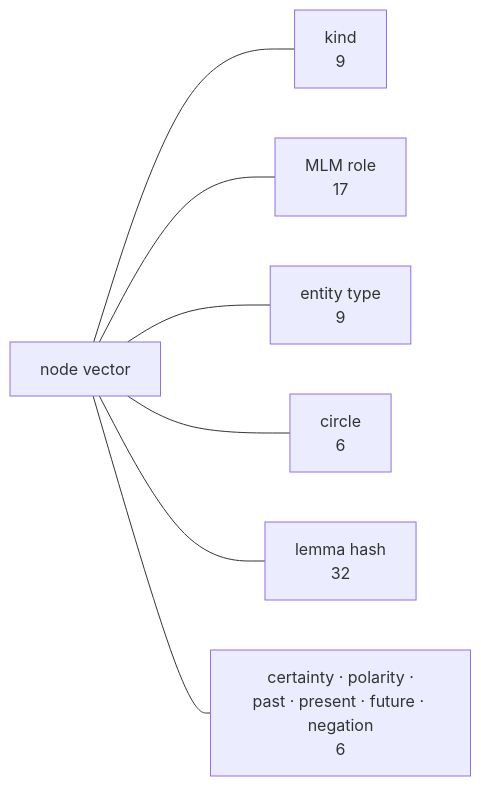
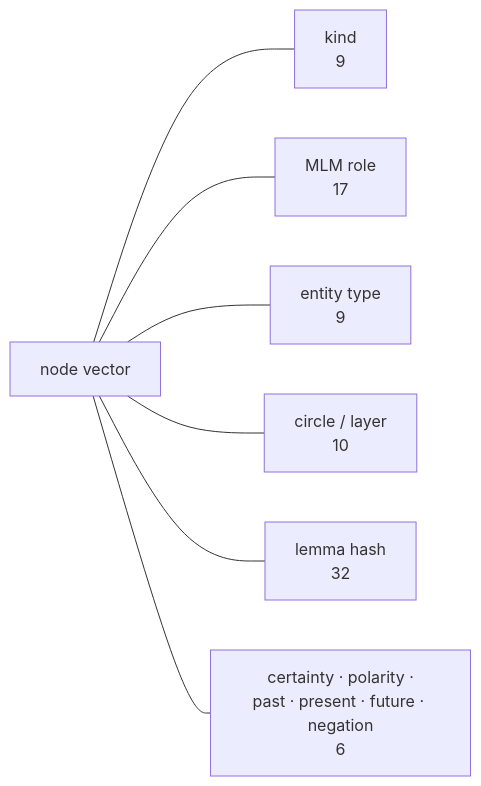
Diagram 11 of 13 in README.md (Sherlock2019/ACM), drawn with Mermaid before and after one commit. The commit also changed other lines of this file and 11 other files, not shown here.

First line of the commit message:
Add environment consequence layers and start.sh launcher

````diff
--- a/README.md
+++ b/README.md
@@ -436,9 +591,9 @@
 ```mermaid
 flowchart LR
   V[node vector] --- K[kind<br/>9]
   V --- RO[MLM role<br/>17]
   V --- ET[entity type<br/>9]
-  V --- CI[circle<br/>6]
+  V --- CI[circle / layer<br/>10]
   V --- LH[lemma hash<br/>32]
   V --- SC[certainty · polarity ·<br/>past · present · future · negation<br/>6]
 ```
````
